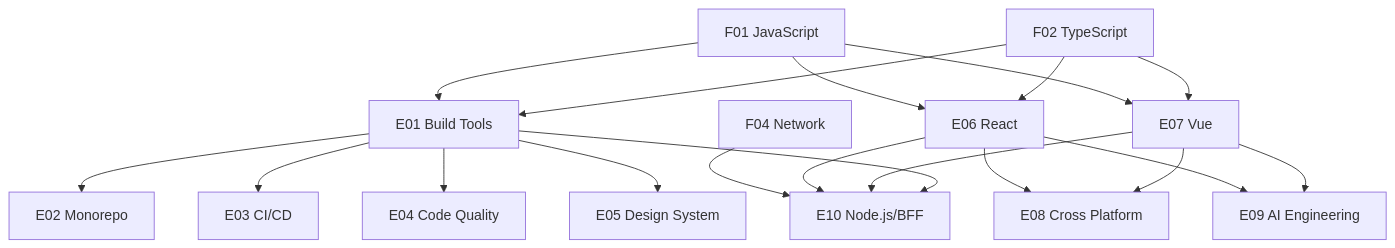
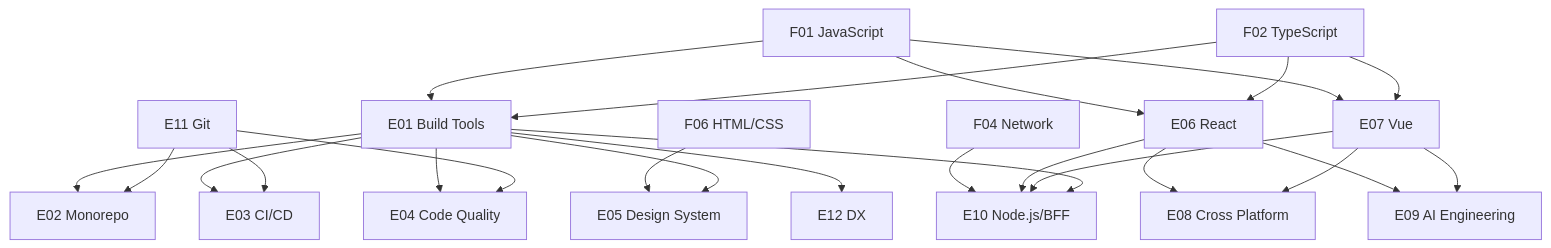
The third of 5 diagrams in docs/learning-path/01-knowledge-dependency-map.md (rendongping/jgs), drawn with Mermaid before and after one commit. The commit also changed other lines of this file and 103 other files, not shown here.

````diff
--- a/docs/learning-path/01-knowledge-dependency-map.md
+++ b/docs/learning-path/01-knowledge-dependency-map.md
@@ -56,24 +61,29 @@
 ```mermaid
 graph TD
     F01[F01 JavaScript] --> E01[E01 Build Tools]
     F01 --> E06[E06 React]
     F01 --> E07[E07 Vue]
     F02[F02 TypeScript] --> E01
     F02 --> E06
     F02 --> E07
+    F06[F06 HTML/CSS] --> E05[E05 Design System]
 
     E01 --> E02[E02 Monorepo]
     E01 --> E03[E03 CI/CD]
     E01 --> E04[E04 Code Quality]
     E01 --> E05[E05 Design System]
+    E01 --> E12[E12 DX]
+    E11[E11 Git] --> E02
+    E11 --> E03
+    E11 --> E04
 
     E06 --> E08[E08 Cross Platform]
     E07 --> E08
     E06 --> E09[E09 AI Engineering]
     E07 --> E09
 
     F04[F04 Network] --> E10[E10 Node.js/BFF]
     E06 --> E10
     E07 --> E10
     E01 --> E10
 ```
````
